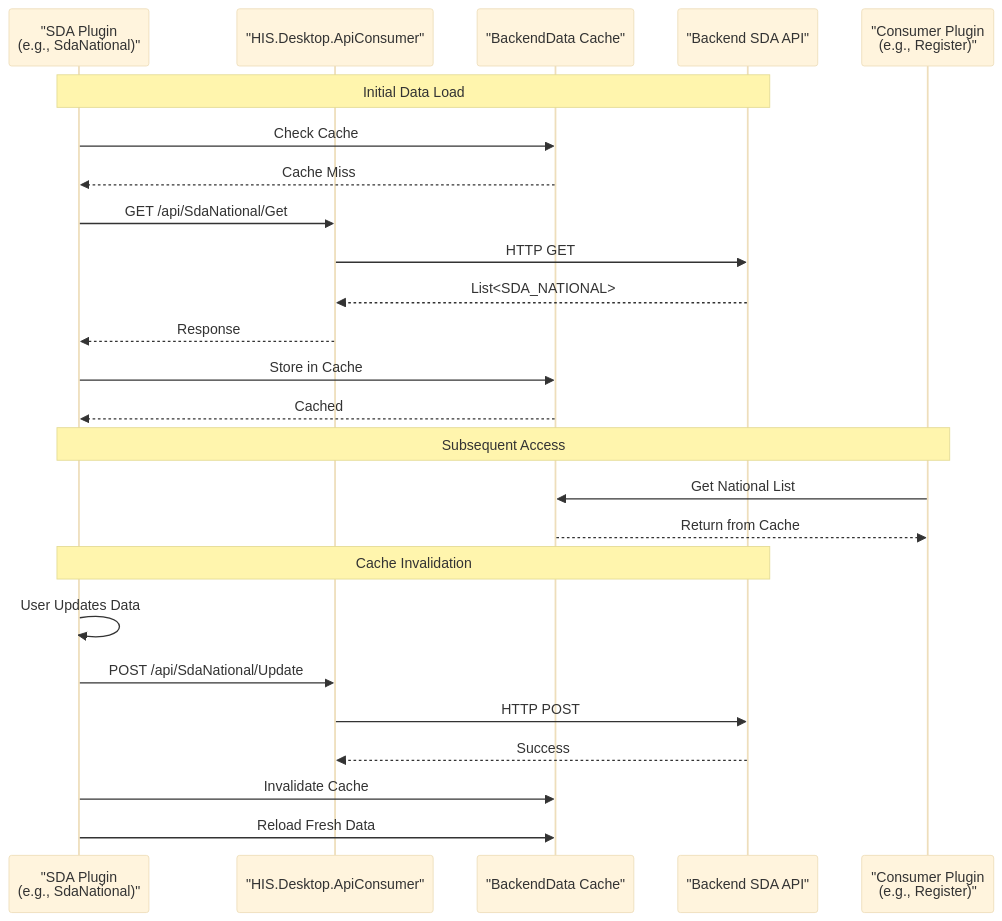
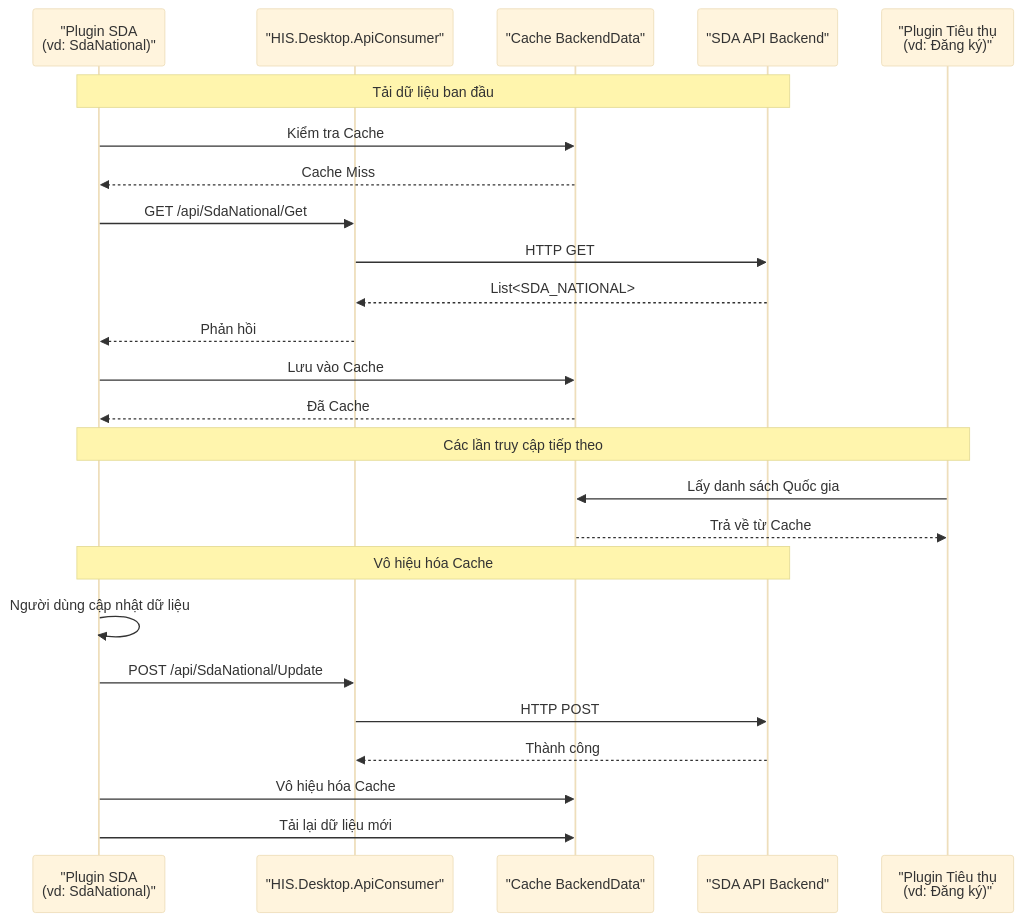
The fifth of 6 diagrams in docs/his-ba-documentation/03-business-domains/administration/system-data.md (thangpnb/HIS), drawn with Mermaid (base theme) before and after one commit. The commit also changed other lines of this file and 30 other files, not shown here.

Commit message:
Refactor architecture docs and update translations

````diff
--- a/docs/his-ba-documentation/03-business-domains/administration/system-data.md
+++ b/docs/his-ba-documentation/03-business-domains/administration/system-data.md
@@ -316,30 +314,30 @@
 ```mermaid
 sequenceDiagram
-    participant Plugin as "SDA Plugin<br/>(e.g., SdaNational)"
+    participant Plugin as "Plugin SDA<br/>(vd: SdaNational)"
     participant ApiConsumer as "HIS.Desktop.ApiConsumer"
-    participant LocalStorage as "BackendData Cache"
-    participant API as "Backend SDA API"
-    participant OtherPlugin as "Consumer Plugin<br/>(e.g., Register)"
+    participant LocalStorage as "Cache BackendData"
+    participant API as "SDA API Backend"
+    participant OtherPlugin as "Plugin Tiêu thụ<br/>(vd: Đăng ký)"
     
-    Note over Plugin,API: Initial Data Load
-    Plugin->>LocalStorage: Check Cache
+    Note over Plugin,API: Tải dữ liệu ban đầu
+    Plugin->>LocalStorage: Kiểm tra Cache
     LocalStorage-->>Plugin: Cache Miss
     Plugin->>ApiConsumer: GET /api/SdaNational/Get
     ApiConsumer->>API: HTTP GET
     API-->>ApiConsumer: List<SDA_NATIONAL>
-    ApiConsumer-->>Plugin: Response
-    Plugin->>LocalStorage: Store in Cache
-    LocalStorage-->>Plugin: Cached
+    ApiConsumer-->>Plugin: Phản hồi
+    Plugin->>LocalStorage: Lưu vào Cache
+    LocalStorage-->>Plugin: Đã Cache
     
-    Note over Plugin,OtherPlugin: Subsequent Access
-    OtherPlugin->>LocalStorage: Get National List
-    LocalStorage-->>OtherPlugin: Return from Cache
+    Note over Plugin,OtherPlugin: Các lần truy cập tiếp theo
+    OtherPlugin->>LocalStorage: Lấy danh sách Quốc gia
+    LocalStorage-->>OtherPlugin: Trả về từ Cache
     
-    Note over Plugin,API: Cache Invalidation
-    Plugin->>Plugin: User Updates Data
+    Note over Plugin,API: Vô hiệu hóa Cache
+    Plugin->>Plugin: Người dùng cập nhật dữ liệu
     Plugin->>ApiConsumer: POST /api/SdaNational/Update
     ApiConsumer->>API: HTTP POST
-    API-->>ApiConsumer: Success
-    Plugin->>LocalStorage: Invalidate Cache
-    Plugin->>LocalStorage: Reload Fresh Data
+    API-->>ApiConsumer: Thành công
+    Plugin->>LocalStorage: Vô hiệu hóa Cache
+    Plugin->>LocalStorage: Tải lại dữ liệu mới
 ```
````
